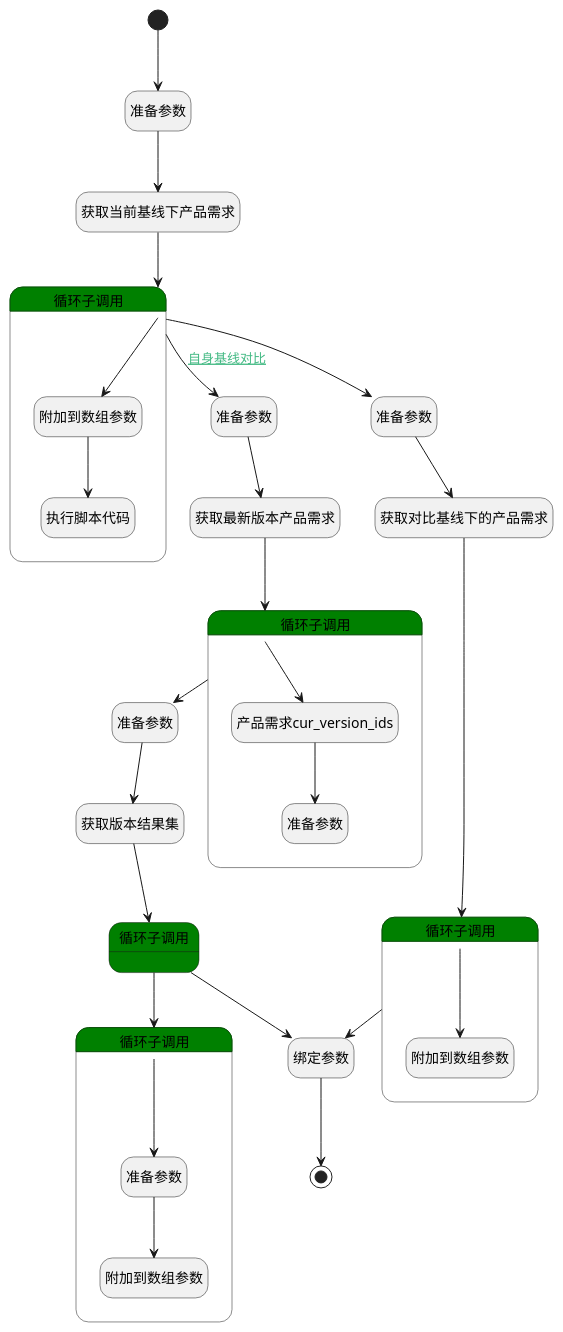
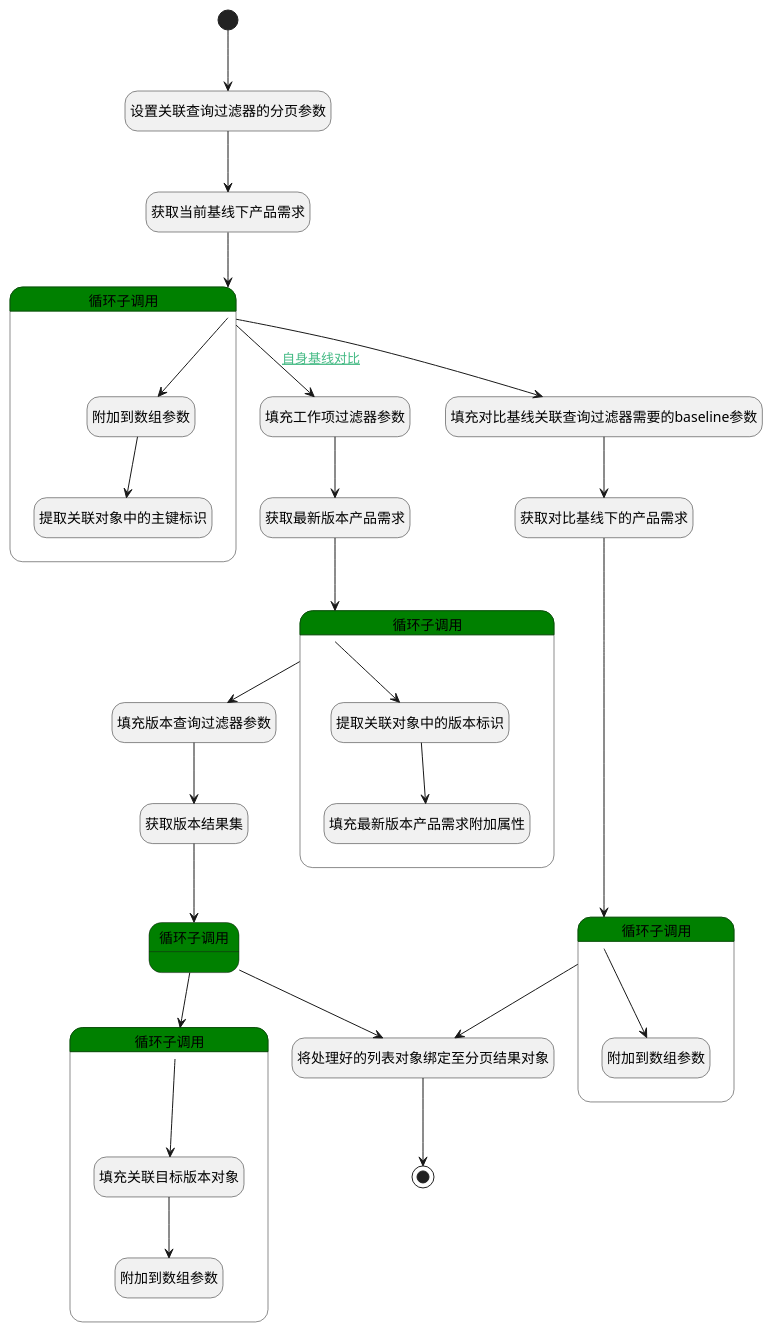
Before and after one commit to iBizLab/plm: the diagram in doc/docsify/module/ProdMgmt/baseline_idea/logic/baseline_comparison.md, drawn with PlantUML. The commit also changed other lines of this file and 1068 other files, not shown here.

````diff
--- a/doc/docsify/module/ProdMgmt/baseline_idea/logic/baseline_comparison.md
+++ b/doc/docsify/module/ProdMgmt/baseline_idea/logic/baseline_comparison.md
@@ -7,67 +7,67 @@
 ```plantuml
 @startuml
 hide empty description
 <style>
 root {
   HyperlinkColor #42b983
 }
 </style>
 
 hide empty description
 state "开始" as Begin <<start>> [[$./baseline_comparison#begin {"开始"}]]
-state "准备参数" as PREPAREPARAM2  [[$./baseline_comparison#prepareparam2 {"准备参数"}]]
+state "设置关联查询过滤器的分页参数" as PREPAREPARAM2  [[$./baseline_comparison#prepareparam2 {"设置关联查询过滤器的分页参数"}]]
 state "获取当前基线下产品需求" as DEDATASET1  [[$./baseline_comparison#dedataset1 {"获取当前基线下产品需求"}]]
-state "准备参数" as PREPAREPARAM3  [[$./baseline_comparison#prepareparam3 {"准备参数"}]]
-state "准备参数" as PREPAREPARAM1  [[$./baseline_comparison#prepareparam1 {"准备参数"}]]
+state "填充工作项过滤器参数" as PREPAREPARAM3  [[$./baseline_comparison#prepareparam3 {"填充工作项过滤器参数"}]]
+state "填充对比基线关联查询过滤器需要的baseline参数" as PREPAREPARAM1  [[$./baseline_comparison#prepareparam1 {"填充对比基线关联查询过滤器需要的baseline参数"}]]
 state "获取对比基线下的产品需求" as DEDATASET2  [[$./baseline_comparison#dedataset2 {"获取对比基线下的产品需求"}]]
 state "获取最新版本产品需求" as DEDATASET3  [[$./baseline_comparison#dedataset3 {"获取最新版本产品需求"}]]
-state "准备参数" as PREPAREPARAM5  [[$./baseline_comparison#prepareparam5 {"准备参数"}]]
-state "绑定参数" as BINDPARAM1  [[$./baseline_comparison#bindparam1 {"绑定参数"}]]
+state "填充版本查询过滤器参数" as PREPAREPARAM5  [[$./baseline_comparison#prepareparam5 {"填充版本查询过滤器参数"}]]
+state "将处理好的列表对象绑定至分页结果对象" as BINDPARAM1  [[$./baseline_comparison#bindparam1 {"将处理好的列表对象绑定至分页结果对象"}]]
 state "获取版本结果集" as DEDATASET4  [[$./baseline_comparison#dedataset4 {"获取版本结果集"}]]
 state "结束" as END1 <<end>> [[$./baseline_comparison#end1 {"结束"}]]
 state "循环子调用" as LOOPSUBCALL1  [[$./baseline_comparison#loopsubcall1 {"循环子调用"}]] #green {
 state "附加到数组参数" as APPENDPARAM2  [[$./baseline_comparison#appendparam2 {"附加到数组参数"}]]
-state "执行脚本代码" as RAWSFCODE1  [[$./baseline_comparison#rawsfcode1 {"执行脚本代码"}]]
+state "提取关联对象中的主键标识" as RAWSFCODE1  [[$./baseline_comparison#rawsfcode1 {"提取关联对象中的主键标识"}]]
 }
 state "循环子调用" as LOOPSUBCALL2  [[$./baseline_comparison#loopsubcall2 {"循环子调用"}]] #green {
 state "附加到数组参数" as APPENDPARAM3  [[$./baseline_comparison#appendparam3 {"附加到数组参数"}]]
 }
 state "循环子调用" as LOOPSUBCALL3  [[$./baseline_comparison#loopsubcall3 {"循环子调用"}]] #green {
-state "产品需求cur_version_ids" as RAWSFCODE2  [[$./baseline_comparison#rawsfcode2 {"产品需求cur_version_ids"}]]
-state "准备参数" as PREPAREPARAM7  [[$./baseline_comparison#prepareparam7 {"准备参数"}]]
+state "提取关联对象中的版本标识" as RAWSFCODE2  [[$./baseline_comparison#rawsfcode2 {"提取关联对象中的版本标识"}]]
+state "填充最新版本产品需求附加属性" as PREPAREPARAM7  [[$./baseline_comparison#prepareparam7 {"填充最新版本产品需求附加属性"}]]
 }
 state "循环子调用" as LOOPSUBCALL4  [[$./baseline_comparison#loopsubcall4 {"循环子调用"}]] #green {
 }
 state "循环子调用" as LOOPSUBCALL5  [[$./baseline_comparison#loopsubcall5 {"循环子调用"}]] #green {
-state "准备参数" as PREPAREPARAM6  [[$./baseline_comparison#prepareparam6 {"准备参数"}]]
+state "填充关联目标版本对象" as PREPAREPARAM6  [[$./baseline_comparison#prepareparam6 {"填充关联目标版本对象"}]]
 state "附加到数组参数" as APPENDPARAM4  [[$./baseline_comparison#appendparam4 {"附加到数组参数"}]]
 }
 
 
 Begin --> PREPAREPARAM2
 PREPAREPARAM2 --> DEDATASET1
 DEDATASET1 --> LOOPSUBCALL1
 LOOPSUBCALL1 --> PREPAREPARAM1
 PREPAREPARAM1 --> DEDATASET2
 DEDATASET2 --> LOOPSUBCALL2
 LOOPSUBCALL2 --> BINDPARAM1
 BINDPARAM1 --> END1
 LOOPSUBCALL2 --> APPENDPARAM3
 LOOPSUBCALL1 --> APPENDPARAM2
 APPENDPARAM2 --> RAWSFCODE1
 LOOPSUBCALL1 --> PREPAREPARAM3 : [[$./baseline_comparison#loopsubcall1-prepareparam3{自身基线对比} 自身基线对比]]
 PREPAREPARAM3 --> DEDATASET3
 DEDATASET3 --> LOOPSUBCALL3
 LOOPSUBCALL3 --> RAWSFCODE2
 RAWSFCODE2 --> PREPAREPARAM7
 LOOPSUBCALL3 --> PREPAREPARAM5
 PREPAREPARAM5 --> DEDATASET4
 DEDATASET4 --> LOOPSUBCALL4
 LOOPSUBCALL4 --> LOOPSUBCALL5
 LOOPSUBCALL5 --> PREPAREPARAM6
 PREPAREPARAM6 --> APPENDPARAM4
 LOOPSUBCALL4 --> BINDPARAM1
 
 
 @enduml
 ```
````
